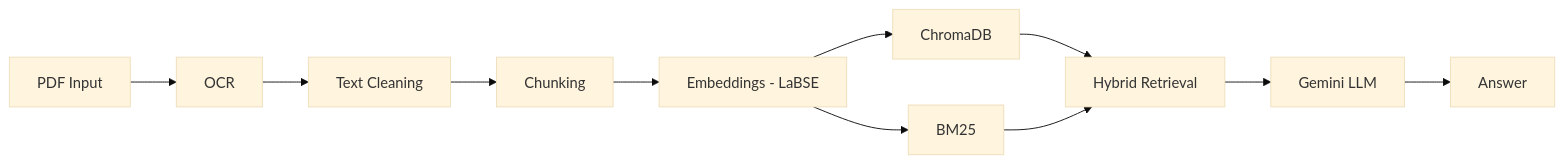
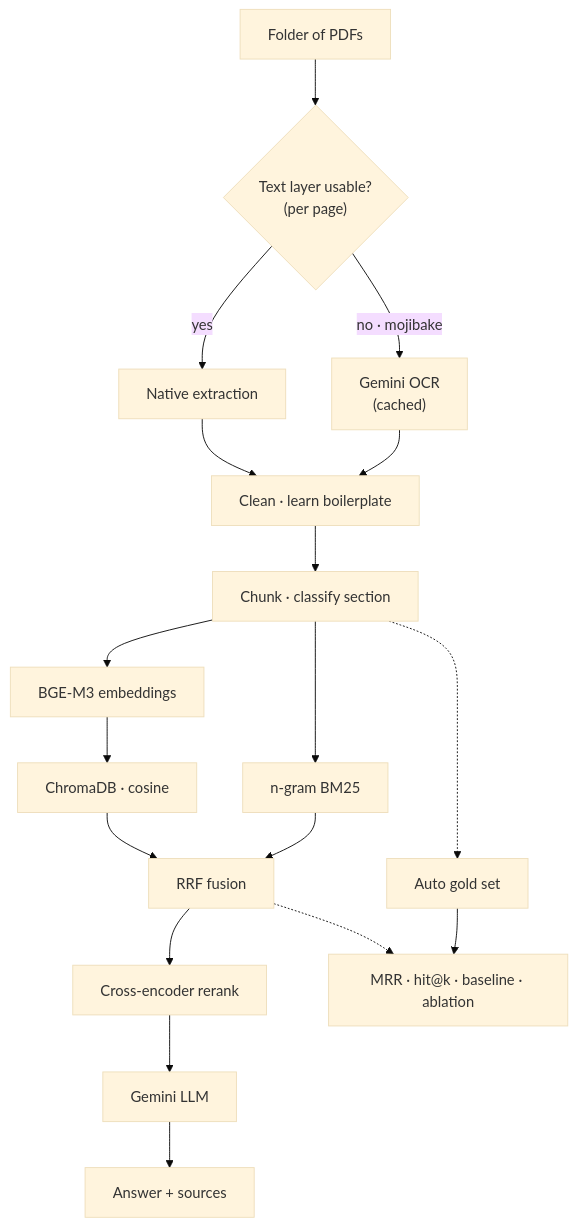
The diagram in README.md (TamimHq/RagPipeLine), drawn with Mermaid (base theme) before and after one commit. The commit also changed other lines of this file and 10 other files, not shown here.

````diff
--- a/README.md
+++ b/README.md
@@ -48,13 +58,21 @@
 ```mermaid
-flowchart LR
-    A["PDF Input"] --> B["OCR"]
-    B --> C["Text Cleaning"]
-    C --> D["Chunking"]
-    D --> E["Embeddings - LaBSE"]
-    E --> F["ChromaDB"]
-    E --> G["BM25"]
-    F --> H["Hybrid Retrieval"]
-    G --> H
-    H --> I["Gemini LLM"]
-    I --> J["Answer"]
+flowchart TB
+    A["Folder of PDFs"] --> B{"Text layer usable?<br/>(per page)"}
+    B -->|"yes"| C["Native extraction"]
+    B -->|"no · mojibake"| D["Gemini OCR<br/>(cached)"]
+    C --> E["Clean · learn boilerplate"]
+    D --> E
+    E --> F["Chunk · classify section"]
+    F --> G["BGE-M3 embeddings"]
+    F --> H["n-gram BM25"]
+    G --> I["ChromaDB · cosine"]
+    I --> J["RRF fusion"]
+    H --> J
+    J --> K["Cross-encoder rerank"]
+    K --> L["Gemini LLM"]
+    L --> M["Answer + sources"]
+
+    F -.-> N["Auto gold set"]
+    N --> O["MRR · hit@k · baseline · ablation"]
+    J -.-> O
 ```
````
